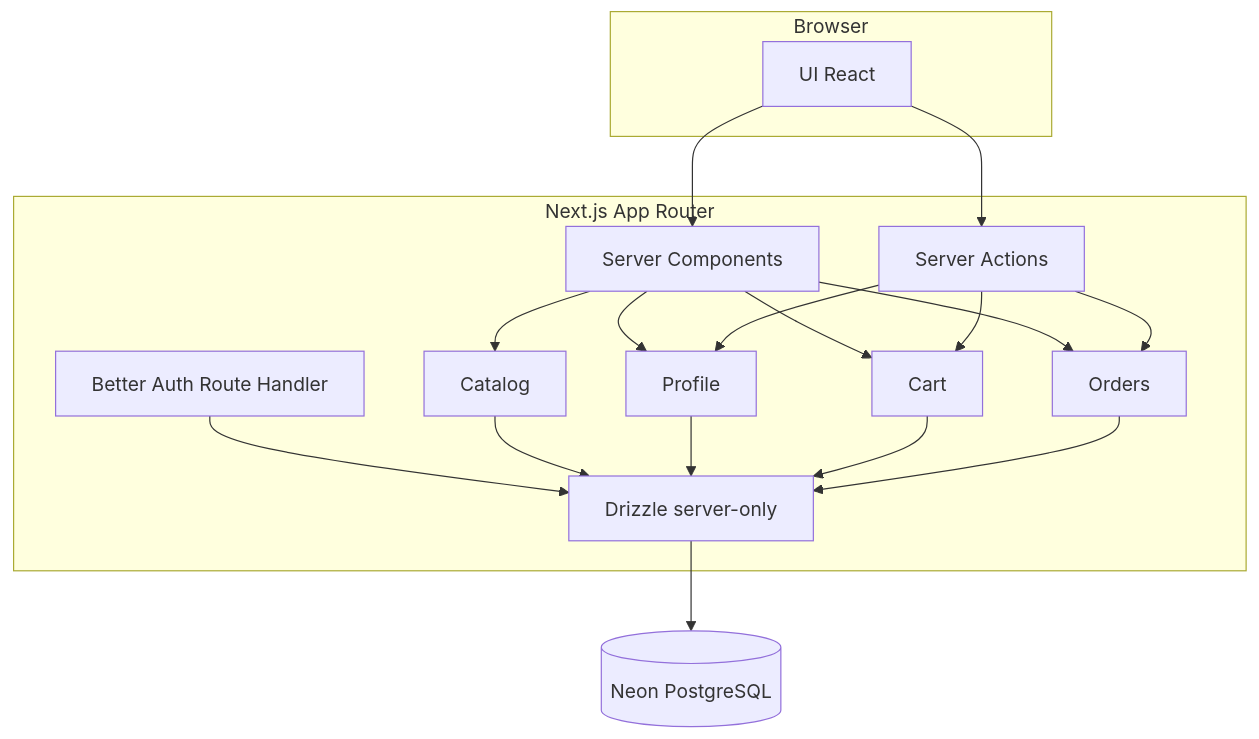
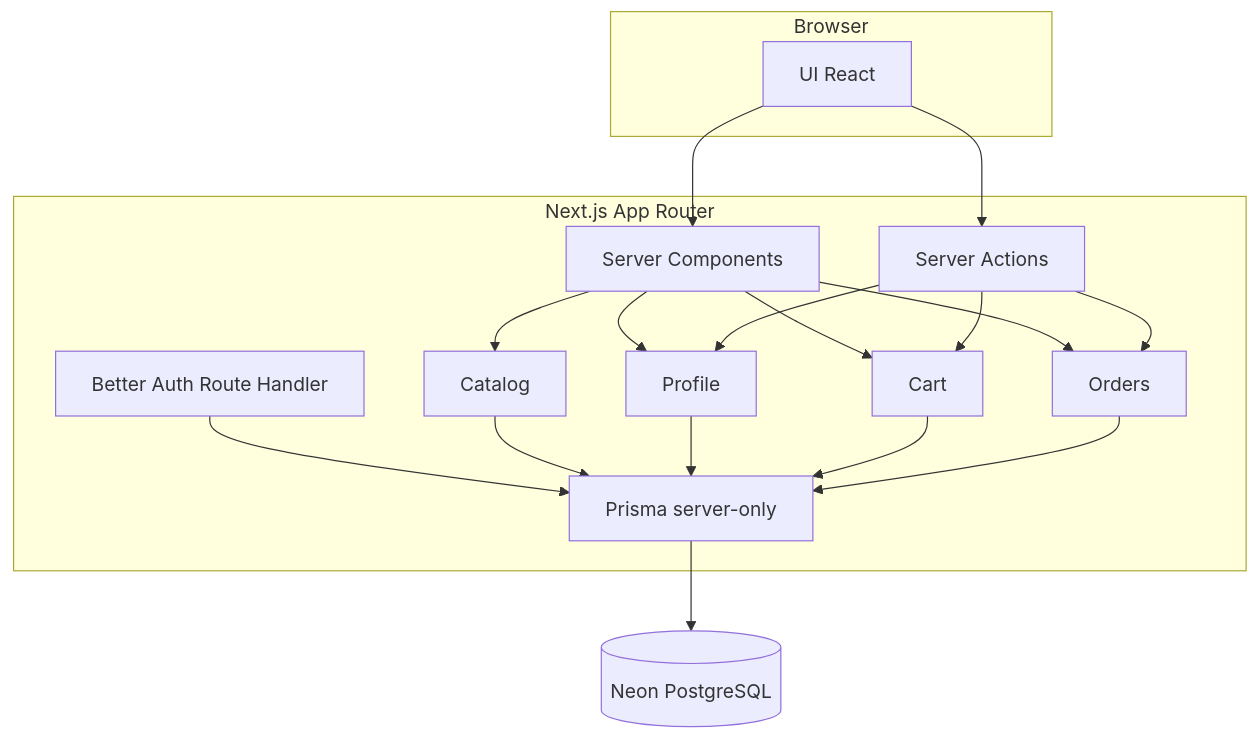
Before and after one commit to yurizzxz/tadeu_ecommerce: the second of 5 diagrams in docs/diagrams/key-flows.md, drawn with Mermaid. The commit also changed 8 other files, not shown here.

Commit message:
docs(architecture): adota Prisma e camadas [TASK-001]

````diff
--- a/docs/diagrams/key-flows.md
+++ b/docs/diagrams/key-flows.md
@@ -23,32 +23,32 @@
 ```mermaid
 flowchart TB
     subgraph Browser
         UI[UI React]
     end
     subgraph Next[Next.js App Router]
         Pages[Server Components]
         Actions[Server Actions]
         Auth[Better Auth Route Handler]
         Catalog[Catalog]
         Profile[Profile]
         Cart[Cart]
         Orders[Orders]
-        DB[Drizzle server-only]
+        DB[Prisma server-only]
     end
     PG[(Neon PostgreSQL)]
     UI --> Pages
     UI --> Actions
     Pages --> Catalog
     Pages --> Profile
     Pages --> Cart
     Pages --> Orders
     Actions --> Profile
     Actions --> Cart
     Actions --> Orders
     Auth --> DB
     Catalog --> DB
     Profile --> DB
     Cart --> DB
     Orders --> DB
     DB --> PG
 ```
````
